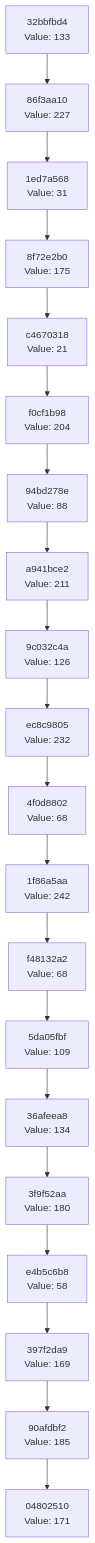
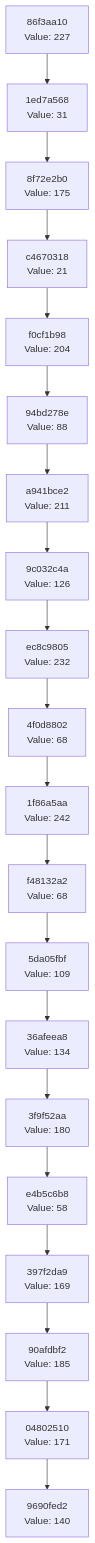
The diagram in docs/CHAIN_VISUALIZATION.md (Abhisheksinha1506/hash-chain-evolver), drawn with Mermaid before and after one commit. The commit also changed 3 other files, not shown here.

````diff
--- a/docs/CHAIN_VISUALIZATION.md
+++ b/docs/CHAIN_VISUALIZATION.md
@@ -3,42 +3,42 @@
 ```mermaid
 graph TD
-    C0["04802510<br/>Value: 171"]
-    C1["90afdbf2<br/>Value: 185"]
+    C0["9690fed2<br/>Value: 140"]
+    C1["04802510<br/>Value: 171"]
     C1 --> C0
-    C2["397f2da9<br/>Value: 169"]
+    C2["90afdbf2<br/>Value: 185"]
     C2 --> C1
-    C3["e4b5c6b8<br/>Value: 58"]
+    C3["397f2da9<br/>Value: 169"]
     C3 --> C2
-    C4["3f9f52aa<br/>Value: 180"]
+    C4["e4b5c6b8<br/>Value: 58"]
     C4 --> C3
-    C5["36afeea8<br/>Value: 134"]
+    C5["3f9f52aa<br/>Value: 180"]
     C5 --> C4
-    C6["5da05fbf<br/>Value: 109"]
+    C6["36afeea8<br/>Value: 134"]
     C6 --> C5
-    C7["f48132a2<br/>Value: 68"]
+    C7["5da05fbf<br/>Value: 109"]
     C7 --> C6
-    C8["1f86a5aa<br/>Value: 242"]
+    C8["f48132a2<br/>Value: 68"]
     C8 --> C7
-    C9["4f0d8802<br/>Value: 68"]
+    C9["1f86a5aa<br/>Value: 242"]
     C9 --> C8
-    C10["ec8c9805<br/>Value: 232"]
+    C10["4f0d8802<br/>Value: 68"]
     C10 --> C9
-    C11["9c032c4a<br/>Value: 126"]
+    C11["ec8c9805<br/>Value: 232"]
     C11 --> C10
-    C12["a941bce2<br/>Value: 211"]
+    C12["9c032c4a<br/>Value: 126"]
     C12 --> C11
-    C13["94bd278e<br/>Value: 88"]
+    C13["a941bce2<br/>Value: 211"]
     C13 --> C12
-    C14["f0cf1b98<br/>Value: 204"]
+    C14["94bd278e<br/>Value: 88"]
     C14 --> C13
-    C15["c4670318<br/>Value: 21"]
+    C15["f0cf1b98<br/>Value: 204"]
     C15 --> C14
-    C16["8f72e2b0<br/>Value: 175"]
+    C16["c4670318<br/>Value: 21"]
     C16 --> C15
-    C17["1ed7a568<br/>Value: 31"]
+    C17["8f72e2b0<br/>Value: 175"]
     C17 --> C16
-    C18["86f3aa10<br/>Value: 227"]
+    C18["1ed7a568<br/>Value: 31"]
     C18 --> C17
-    C19["32bbfbd4<br/>Value: 133"]
+    C19["86f3aa10<br/>Value: 227"]
     C19 --> C18
 ```
````
